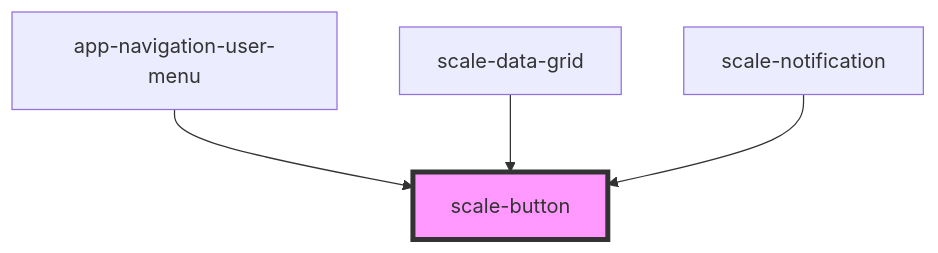
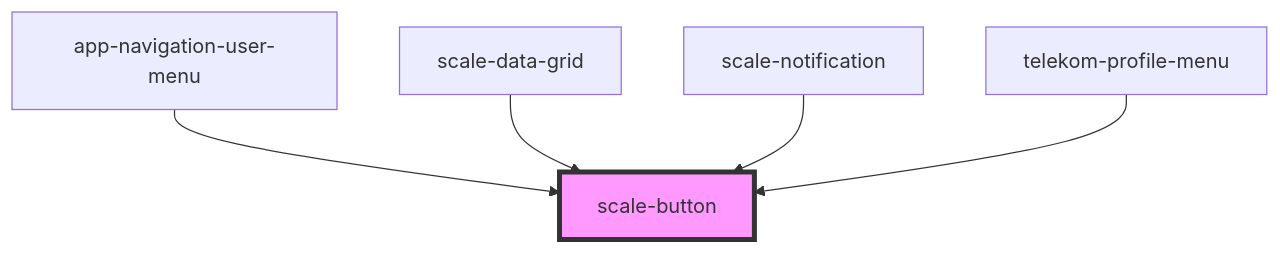
One commit to telekom/scale changed the diagram in packages/components/src/components/button/readme.md. Above: the diagram before and after it, drawn with Mermaid. The commit also changed other lines of this file and 33 other files, not shown here.

First line of the commit message:
feat(telekom-profile-menu): WIP (#2208)

````diff
--- a/packages/components/src/components/button/readme.md
+++ b/packages/components/src/components/button/readme.md
@@ -50,7 +51,8 @@
 ```mermaid
 graph TD;
   app-navigation-user-menu --> scale-button
   scale-data-grid --> scale-button
   scale-notification --> scale-button
+  telekom-profile-menu --> scale-button
   style scale-button fill:#f9f,stroke:#333,stroke-width:4px
 ```
````
